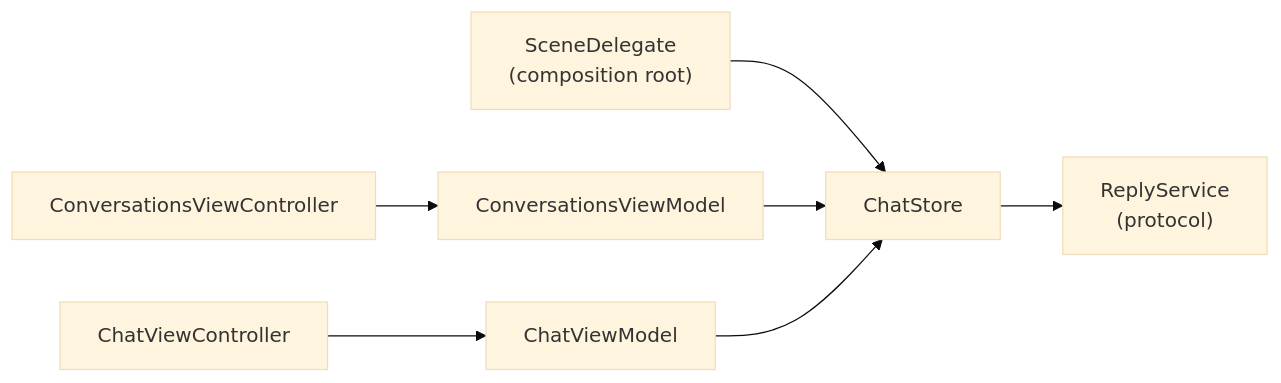
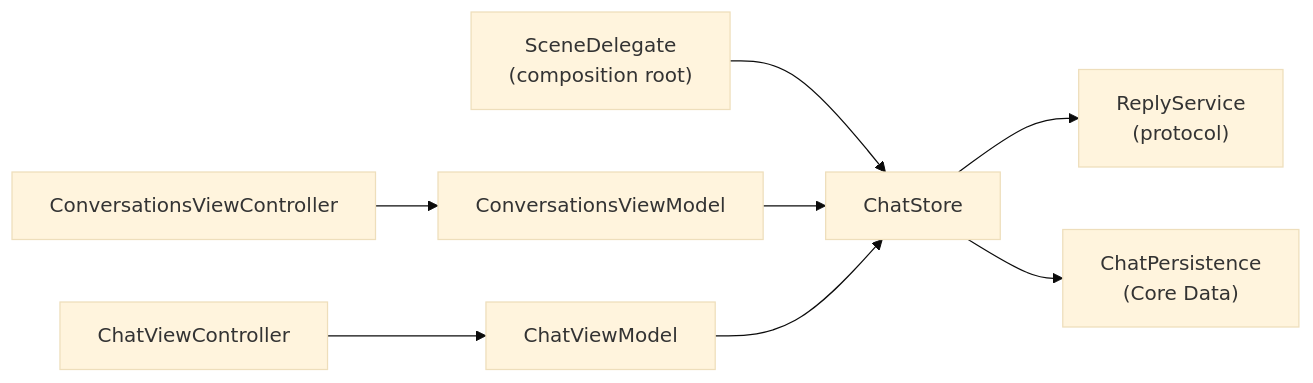
The diagram in README.md (Irenapoghosian/echo-chat), drawn with Mermaid (base theme) before and after one commit. The commit also changed other lines of this file and 16 other files, not shown here.

Commit message:
Core Data persistence, Reply/Copy/Delete menu and typing bubble

````diff
--- a/README.md
+++ b/README.md
@@ -37,9 +39,10 @@
 ```mermaid
 flowchart LR
     Scene["SceneDelegate<br/>(composition root)"] --> Store[ChatStore]
     Store --> Replies["ReplyService<br/>(protocol)"]
+    Store --> Persistence["ChatPersistence<br/>(Core Data)"]
     ListVM[ConversationsViewModel] --> Store
     ChatVM[ChatViewModel] --> Store
     ListVC[ConversationsViewController] --> ListVM
     ChatVC[ChatViewController] --> ChatVM
 ```
````
